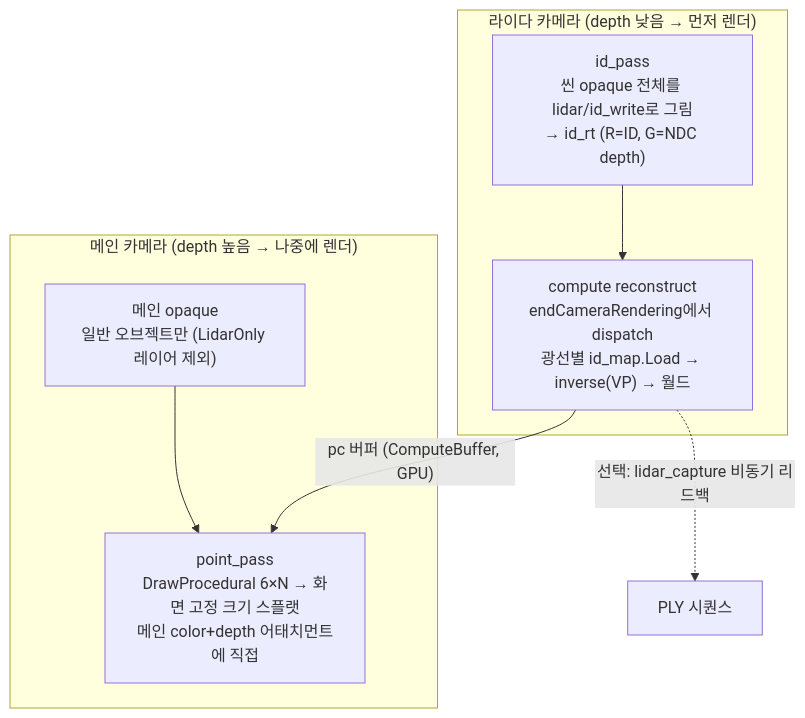
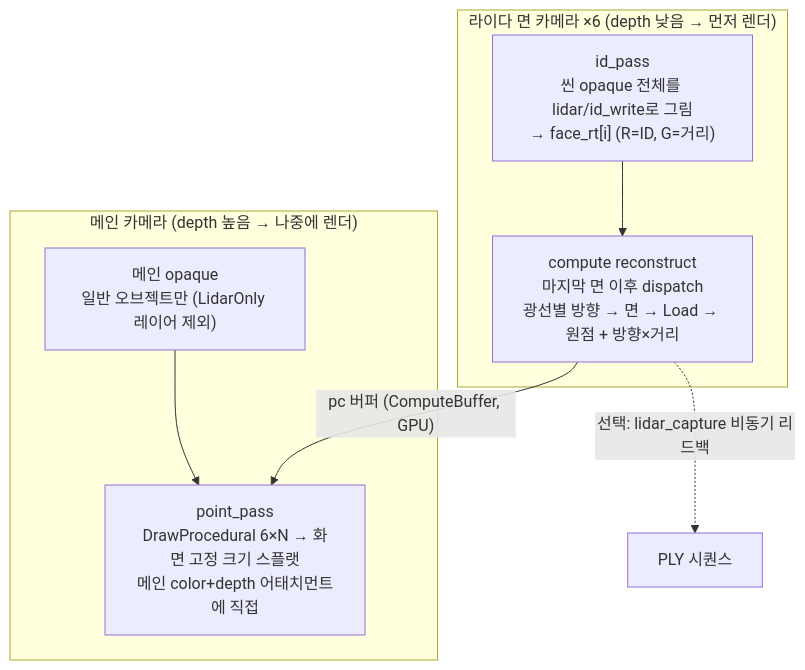
One commit to wonhotoss/LiDAR-mimic changed the diagram in unity/README.ko.md. Above: the diagram before and after it, drawn with Mermaid. The commit also changed other lines of this file and 16 other files, not shown here.

````diff
--- a/unity/README.ko.md
+++ b/unity/README.ko.md
@@ -34,15 +34,15 @@
 ```mermaid
 flowchart TD
-    subgraph LC["라이다 카메라 (depth 낮음 → 먼저 렌더)"]
-        L1["id_pass<br/>씬 opaque 전체를 lidar/id_write로 그림<br/>→ id_rt (R=ID, G=NDC depth)"]
-        L2["compute reconstruct<br/>endCameraRendering에서 dispatch<br/>광선별 id_map.Load → inverse(VP) → 월드"]
+    subgraph LC["라이다 면 카메라 ×6 (depth 낮음 → 먼저 렌더)"]
+        L1["id_pass<br/>씬 opaque 전체를 lidar/id_write로 그림<br/>→ face_rt[i] (R=ID, G=거리)"]
+        L2["compute reconstruct<br/>마지막 면 이후 dispatch<br/>광선별 방향 → 면 → Load → 원점 + 방향×거리"]
         L1 --> L2
     end
     subgraph MC["메인 카메라 (depth 높음 → 나중에 렌더)"]
         M1["메인 opaque<br/>일반 오브젝트만 (LidarOnly 레이어 제외)"]
         M2["point_pass<br/>DrawProcedural 6×N → 화면 고정 크기 스플랫<br/>메인 color+depth 어태치먼트에 직접"]
         M1 --> M2
     end
     L2 -->|"pc 버퍼 (ComputeBuffer, GPU)"| M2
     L2 -.->|"선택: lidar_capture 비동기 리드백"| CAP["PLY 시퀀스"]
 ```
````
